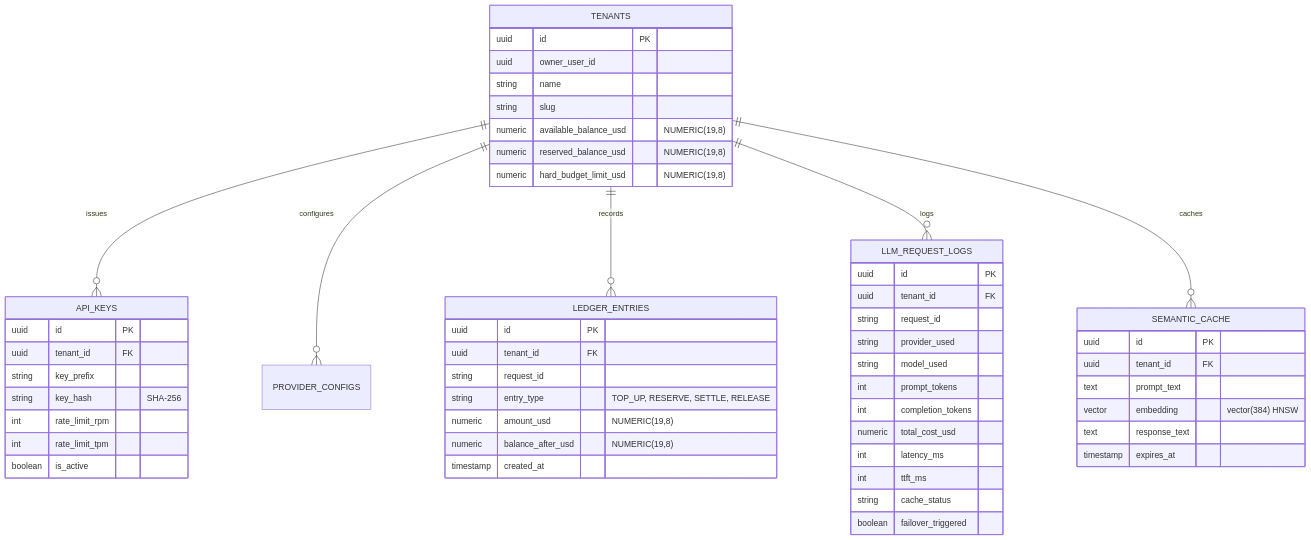
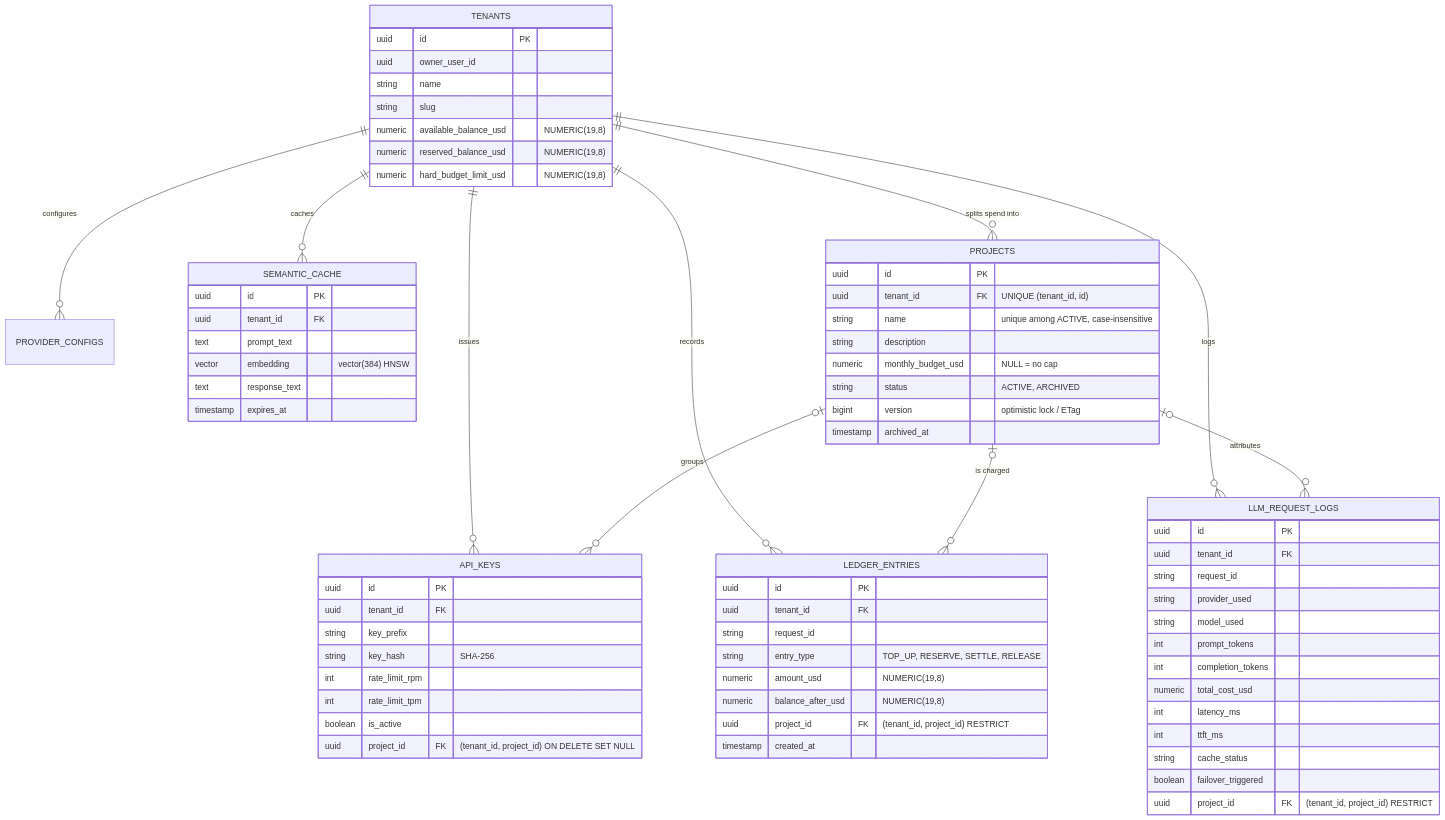
The third of 5 diagrams in SYSTEM_DESIGN.md (predragstevanovic/aethergate), drawn with Mermaid before and after one commit. The commit also changed other lines of this file and 45 other files, not shown here.

````diff
--- a/SYSTEM_DESIGN.md
+++ b/SYSTEM_DESIGN.md
@@ -83,62 +83,80 @@
 ```mermaid
 erDiagram
     TENANTS ||--o{ API_KEYS : issues
     TENANTS ||--o{ PROVIDER_CONFIGS : configures
     TENANTS ||--o{ LEDGER_ENTRIES : records
     TENANTS ||--o{ LLM_REQUEST_LOGS : logs
     TENANTS ||--o{ SEMANTIC_CACHE : caches
+    TENANTS ||--o{ PROJECTS : "splits spend into"
+    PROJECTS |o--o{ API_KEYS : groups
+    PROJECTS |o--o{ LEDGER_ENTRIES : "is charged"
+    PROJECTS |o--o{ LLM_REQUEST_LOGS : attributes
 
     TENANTS {
         uuid id PK
         uuid owner_user_id
         string name
         string slug
         numeric available_balance_usd "NUMERIC(19,8)"
         numeric reserved_balance_usd "NUMERIC(19,8)"
         numeric hard_budget_limit_usd "NUMERIC(19,8)"
     }
 
+    PROJECTS {
+        uuid id PK
+        uuid tenant_id FK "UNIQUE (tenant_id, id)"
+        string name "unique among ACTIVE, case-insensitive"
+        string description
+        numeric monthly_budget_usd "NULL = no cap"
+        string status "ACTIVE, ARCHIVED"
+        bigint version "optimistic lock / ETag"
+        timestamp archived_at
+    }
+
     API_KEYS {
         uuid id PK
         uuid tenant_id FK
         string key_prefix
         string key_hash "SHA-256"
         int rate_limit_rpm
         int rate_limit_tpm
         boolean is_active
+        uuid project_id FK "(tenant_id, project_id) ON DELETE SET NULL"
     }
 
     LEDGER_ENTRIES {
         uuid id PK
         uuid tenant_id FK
         string request_id
         string entry_type "TOP_UP, RESERVE, SETTLE, RELEASE"
         numeric amount_usd "NUMERIC(19,8)"
         numeric balance_after_usd "NUMERIC(19,8)"
+        uuid project_id FK "(tenant_id, project_id) RESTRICT"
         timestamp created_at
     }
 
     LLM_REQUEST_LOGS {
         uuid id PK
         uuid tenant_id FK
         string request_id
         string provider_used
         string model_used
         int prompt_tokens
         int completion_tokens
         numeric total_cost_usd
         int latency_ms
         int ttft_ms
         string cache_status
         boolean failover_triggered
+        uuid project_id FK "(tenant_id, project_id) RESTRICT"
     }
 
     SEMANTIC_CACHE {
         uuid id PK
         uuid tenant_id FK
         text prompt_text
         vector embedding "vector(384) HNSW"
         text response_text
         timestamp expires_at
     }
 ```
````
